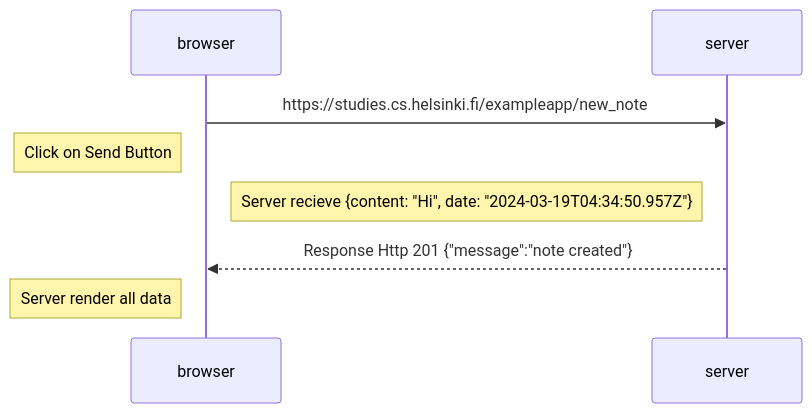
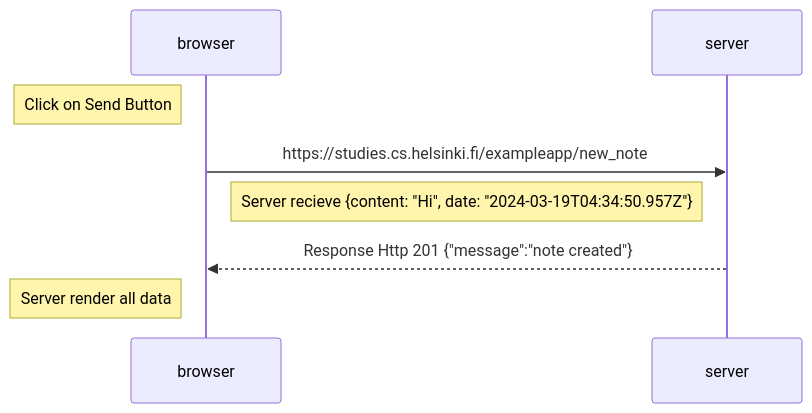
One commit to ArielCS0625/Ejercicios-0.4-0.6- changed the diagram in 05.md. Above: the diagram before and after it, drawn with Mermaid.

````diff
--- a/05.md
+++ b/05.md
@@ -2,15 +2,14 @@
   ```mermaid
   sequenceDiagram
       participant browser
       participant server
-
+      Note left of browser: Click on Send Button
       browser->>server: https://studies.cs.helsinki.fi/exampleapp/new_note
-      Note left of browser: Click on Send Button
       Note left of server: Server recieve {content: "Hi", date: "2024-03-19T04:34:50.957Z"}
       server-->>browser: Response Http 201 {"message":"note created"}
       Note left of browser: Server render all data 
 
 
      
  
   ```
````
